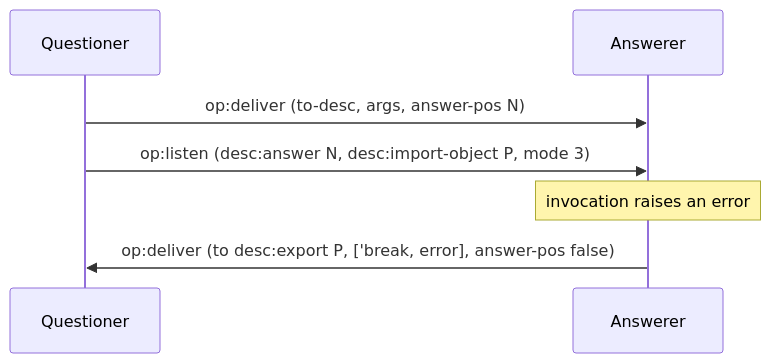
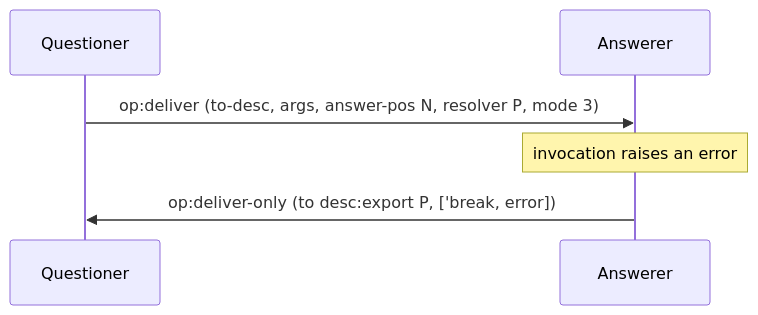
Before and after one commit to glowcap-org/glowcap: the third of 7 diagrams in docs/protocol-diagrams/02-deliver-and-resolve.md, drawn with Mermaid. The commit also changed other lines of this file and 371 other files, not shown here.

````diff
--- a/docs/protocol-diagrams/02-deliver-and-resolve.md
+++ b/docs/protocol-diagrams/02-deliver-and-resolve.md
@@ -55,9 +55,8 @@
 ```mermaid
 sequenceDiagram
     participant Q as Questioner
     participant R as Answerer
-    Q->>R: op:deliver (to-desc, args, answer-pos N)
-    Q->>R: op:listen (desc:answer N, desc:import-object P, mode 3)
+    Q->>R: op:deliver (to-desc, args, answer-pos N, resolver P, mode 3)
     Note over R: invocation raises an error
-    R->>Q: op:deliver (to desc:export P, ['break, error], answer-pos false)
+    R->>Q: op:deliver-only (to desc:export P, ['break, error])
 ```
````
